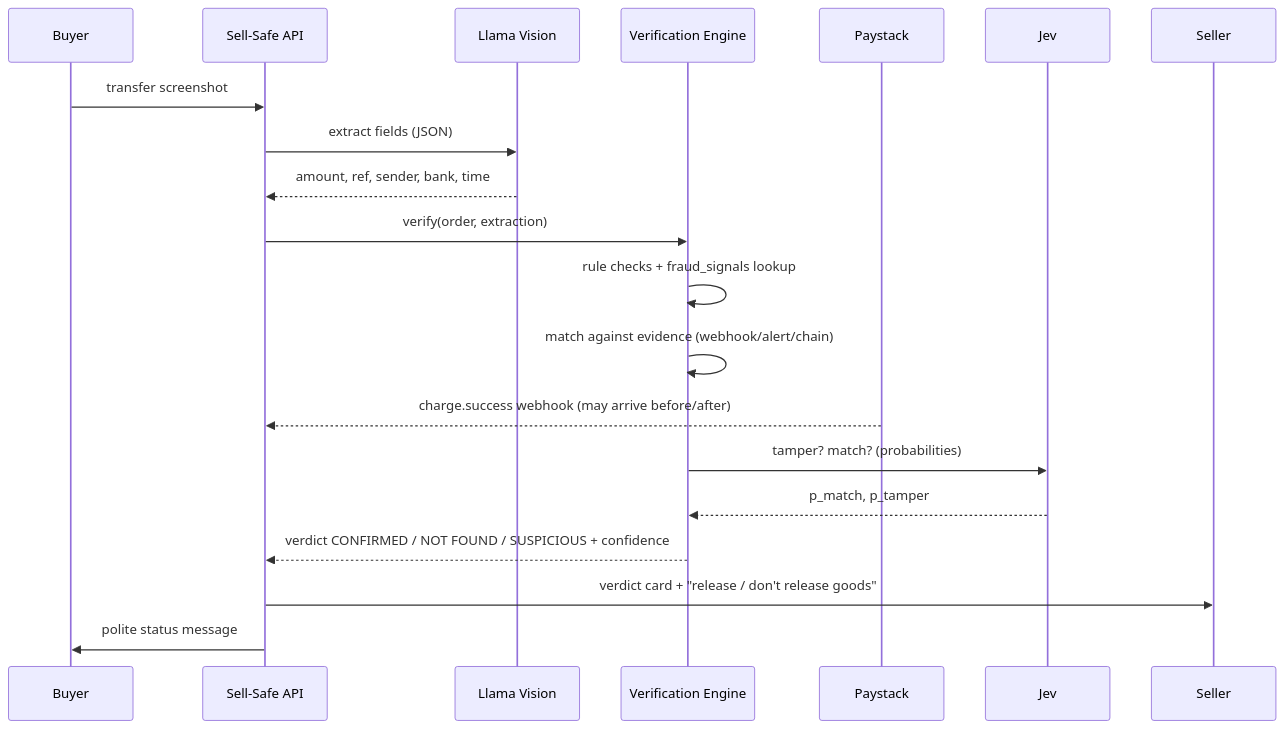
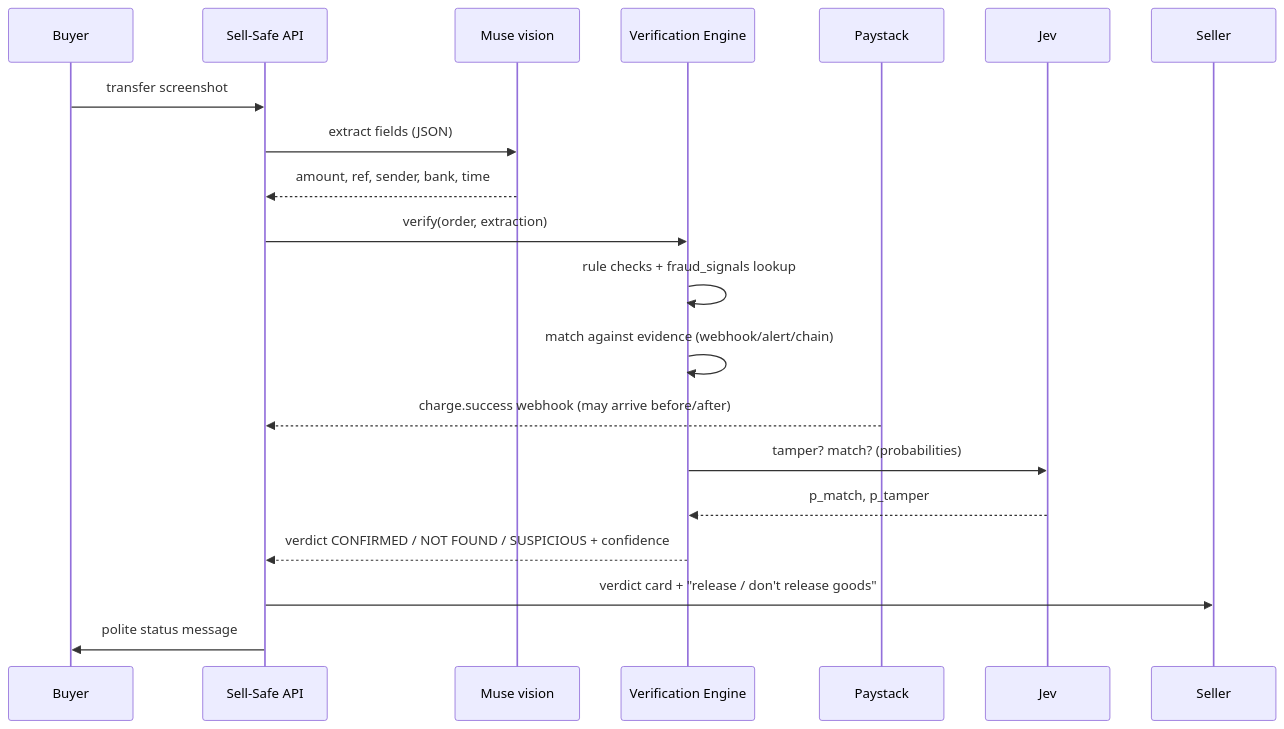
The third of 3 diagrams in docs/architecture.md (drizzy765/sell-safe), drawn with Mermaid before and after one commit. The commit also changed other lines of this file and 47 other files, not shown here.

````diff
--- a/docs/architecture.md
+++ b/docs/architecture.md
@@ -88,22 +97,22 @@
 ```mermaid
 sequenceDiagram
   participant B as Buyer
   participant API as Sell-Safe API
-  participant L as Llama Vision
+  participant L as Muse vision
   participant V as Verification Engine
   participant PS as Paystack
   participant J as Jev
   participant S as Seller
   B->>API: transfer screenshot
   API->>L: extract fields (JSON)
   L-->>API: amount, ref, sender, bank, time
   API->>V: verify(order, extraction)
   V->>V: rule checks + fraud_signals lookup
   V->>V: match against evidence (webhook/alert/chain)
   PS-->>API: charge.success webhook (may arrive before/after)
   V->>J: tamper? match? (probabilities)
   J-->>V: p_match, p_tamper
   V-->>API: verdict CONFIRMED / NOT FOUND / SUSPICIOUS + confidence
   API->>S: verdict card + "release / don't release goods"
   API->>B: polite status message
 ```
````
